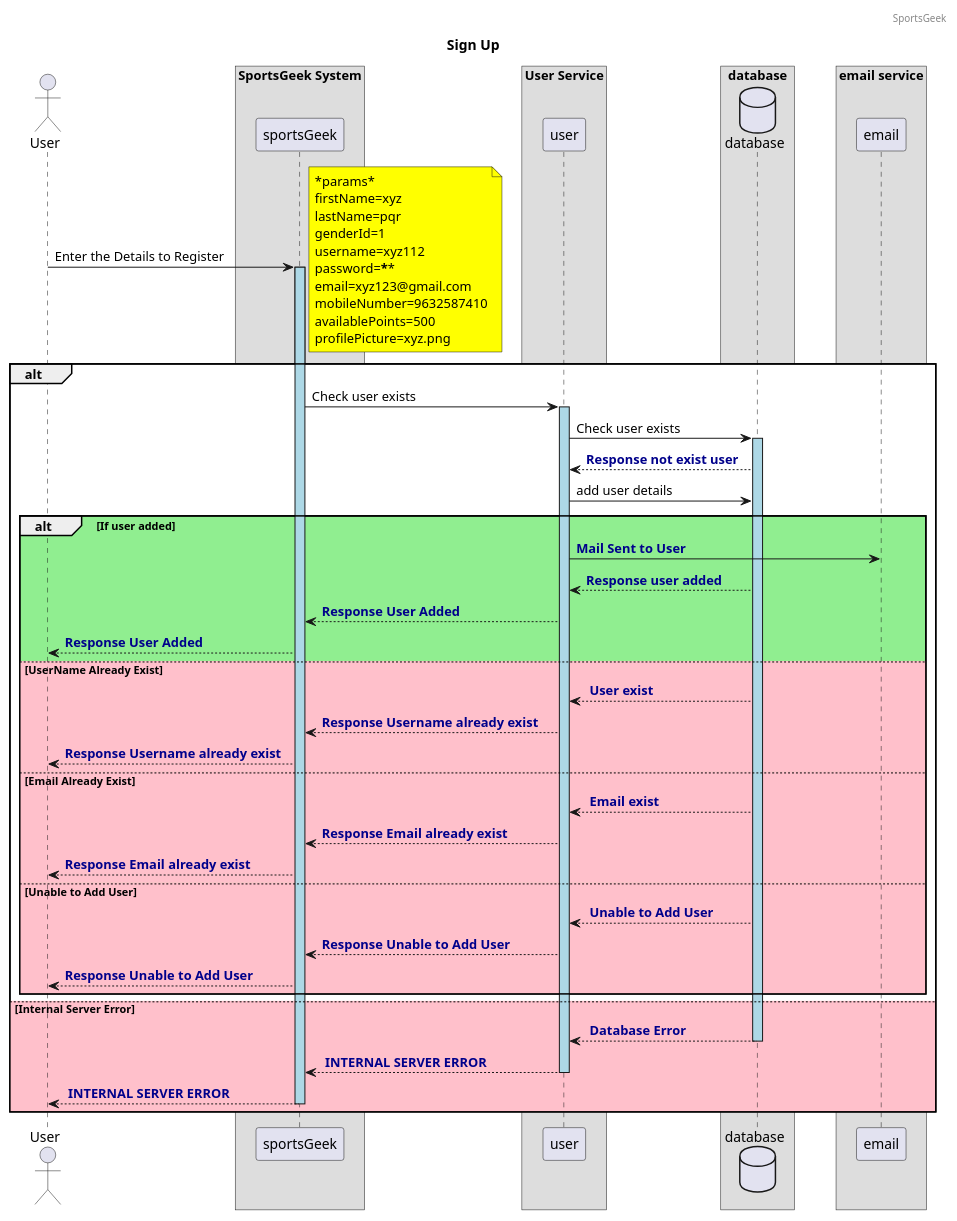
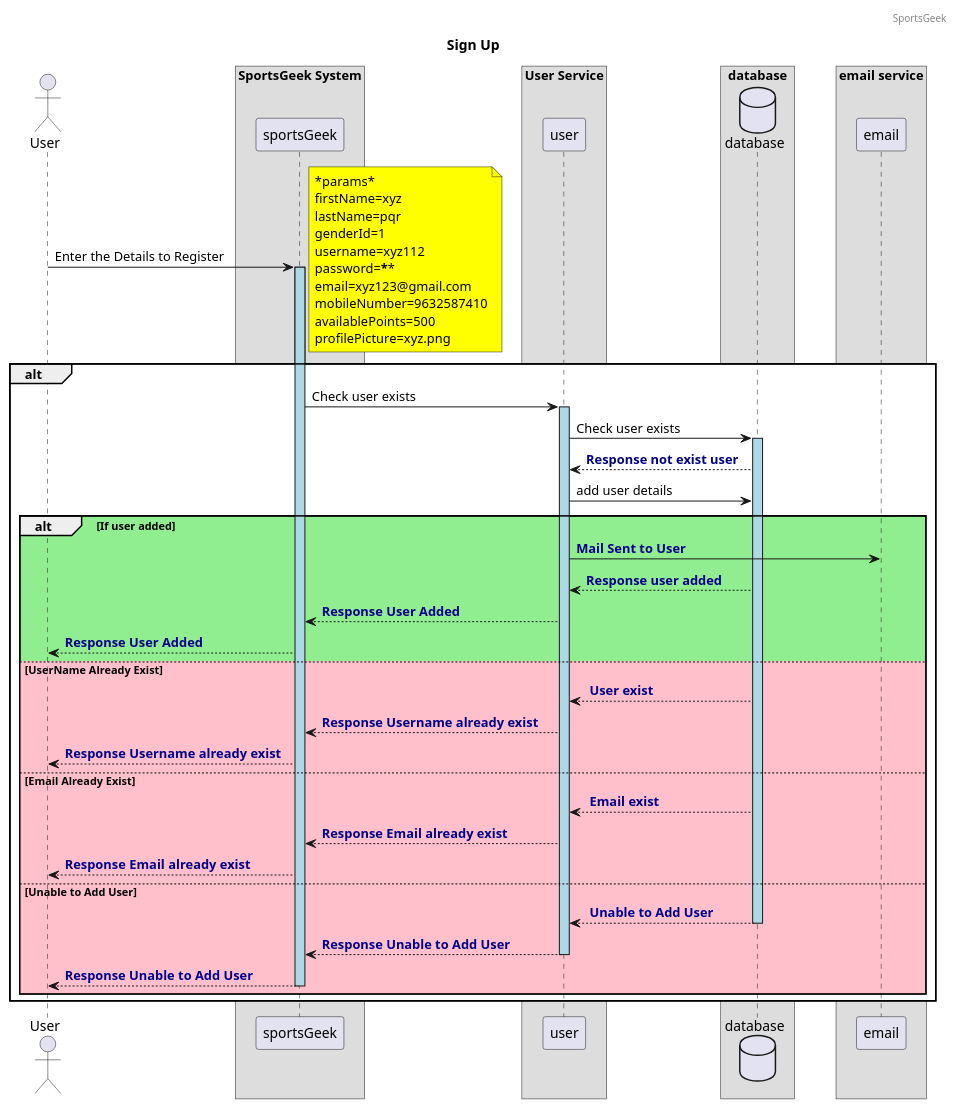
One commit to suraj903/sportsgeek_backend-1 changed the diagram in src/doc/sequenceDiagram/signup.puml. Above: the diagram before and after it, drawn with PlantUML. The commit also changed 19 other files, not shown here.

Commit message:
Sequence Diagram implementation --sajesh

```diff
--- a/src/doc/sequenceDiagram/signup.puml
+++ b/src/doc/sequenceDiagram/signup.puml
@@ -1,67 +1,63 @@
 @startuml
 header SportsGeek
 title Sign Up
 skinparam ParticipantPadding 10
 skinparam BoxPadding 20
 actor User
 box "SportsGeek System"
  participant sportsGeek
 end box
 box "User Service"
  participant user
 end box
 box "database"
     database database
 end box
 box "email service"
     participant email
 end box
 User -> sportsGeek: Enter the Details to Register
 activate sportsGeek #lightblue
 alt #white
 note right #yellow
     *params*
     firstName=xyz
     lastName=pqr
     genderId=1
     username=xyz112
     password=******
     email=xyz123@gmail.com
     mobileNumber=9632587410
     availablePoints=500
     profilePicture=xyz.png
     end note
     sportsGeek -> "user" : Check user exists
 activate user #lightblue
     user -> "database" : Check user exists
     activate "database" #lightblue
     "database" --> "user" : <font color=darkblue><b>Response not exist user
     user -> "database" : add user details
 
 alt #lightgreen If user added
 "user" -> email : <font color=darkblue><b>Mail Sent to User
 "database" --> user : <font color=darkblue><b>Response user added
 "user" --> sportsGeek : <font color=darkblue><b>Response User Added
 "sportsGeek" --> User : <font color=darkblue><b>Response User Added
 else #pink UserName Already Exist
 "database" --> "user" : <font color=darkblue><b> User exist
 "user" --> "sportsGeek" : <font color=darkblue><b>Response Username already exist
 "sportsGeek" --> User : <font color=darkblue><b>Response Username already exist
 else #pink Email Already Exist
 "database" --> "user" : <font color=darkblue><b> Email exist
 "user" --> "sportsGeek" : <font color=darkblue><b>Response Email already exist
 "sportsGeek" --> User : <font color=darkblue><b>Response Email already exist
 else #pink Unable to Add User
 "database" --> "user" : <font color=darkblue><b> Unable to Add User
+deactivate "database"
 "user" --> "sportsGeek" : <font color=darkblue><b>Response Unable to Add User
+deactivate "user"
 "sportsGeek" --> User : <font color=darkblue><b>Response Unable to Add User
-end alt
-else #pink Internal Server Error
-"database" --> "user" : <font color=darkblue><b> Database Error
-deactivate "database"
-"user" --> "sportsGeek" : <font color=darkblue><b> INTERNAL SERVER ERROR
-deactivate "user"
-"sportsGeek" --> User : <font color=darkblue><b> INTERNAL SERVER ERROR
 deactivate "sportsGeek"
 end alt
+end alt
 @enduml
```
